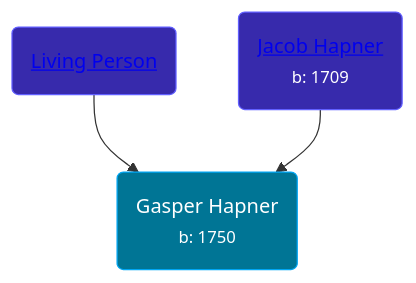
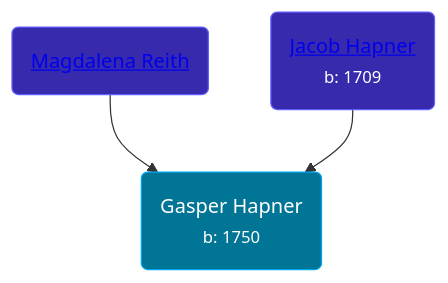
Before and after one commit to wpmgotkh/wpmgotkh.github.io: the diagram in pages/people/9/920624.md, drawn with Mermaid. The commit also changed other lines of this file and 586 other files, not shown here.

Commit message:
feat: better shouldConsiderPersonLiving algo

````diff
--- a/pages/people/9/920624.md
+++ b/pages/people/9/920624.md
@@ -11,9 +11,9 @@
 ```mermaid
 graph
 classDef grands fill:#193cb8,stroke:#2b7fff,stroke-width:1px,color:#fff;
 classDef parents fill:#372aac,stroke:#615fff,stroke-width:1px,color:#fff;
 classDef primary fill:#007595,stroke:#00a6f4,stroke-width:1px,color:#fff;
 920624(Gasper Hapner<br /><small>b: 1750</small>):::primary
-23759173(<a class="text-white" href="/people/2/23759173">Living Person</a>):::parents-->920624
+23759173(<a class="text-white" href="/people/2/23759173">Magdalena Reith</a>):::parents-->920624
 31698804(<a class="text-white" href="/people/3/31698804">Jacob Hapner</a><br /><small>b: 1709</small>):::parents-->920624
 ```
````
